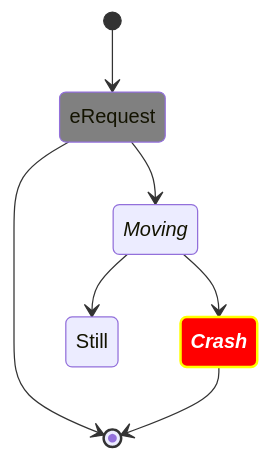
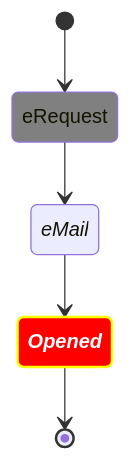
The seventh of 7 diagrams in README.md (Kietpawpan/pdpa), drawn with Mermaid before and after one commit.

````diff
--- a/README.md
+++ b/README.md
@@ -141,18 +141,16 @@
 ```mermaid
 stateDiagram
    direction TB
 
    accTitle: e-Tracking Risk
    accDescr: This is an accessible description
 
    classDef notMoving fill:grey
    classDef movement font-style:italic;
    classDef badBadEvent fill:#f00,color:white,font-weight:bold,stroke-width:2px,stroke:yellow
 
    [*] --> eRequest:::notMoving
-   eRequest --> [*]
-   eRequest--> Moving:::movement
-   Moving --> Still
-   Moving --> Crash:::movement
-   Crash:::badBadEvent --> [*]
+   eRequest--> eMail:::movement
+   eMail --> Opened:::movement
+   Opened:::badBadEvent --> [*]
 ```
````
